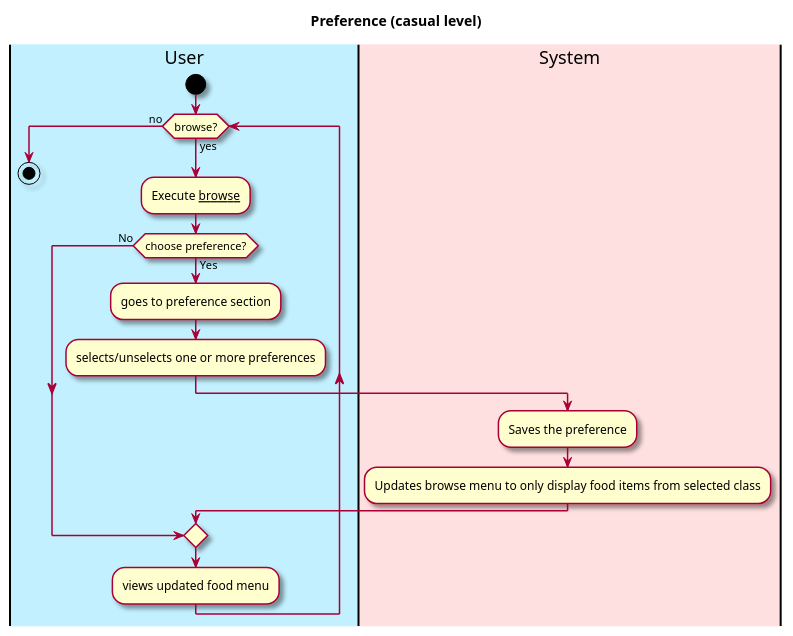
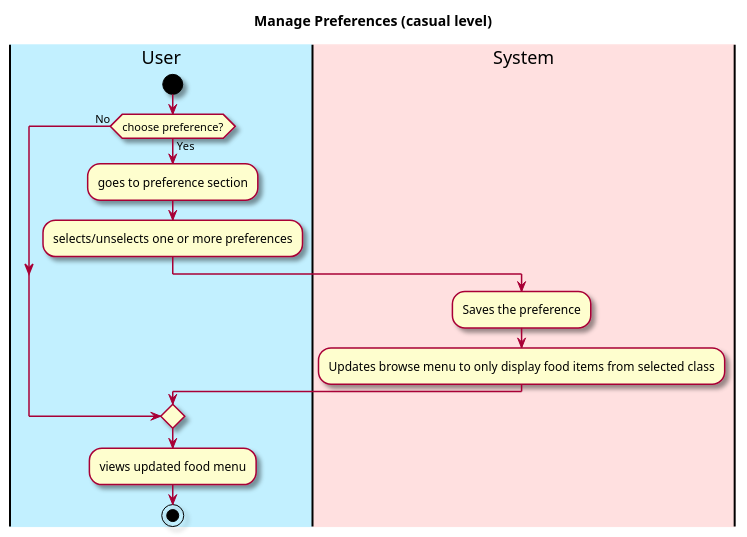
Before and after one commit to EzekielEkanem/team-1d: the diagram in intellij/doc/use-cases/use-case-preference.md, drawn with PlantUML.

Commit message:
edited preferences based on inception 2 feedback

````diff
--- a/intellij/doc/use-cases/use-case-preference.md
+++ b/intellij/doc/use-cases/use-case-preference.md
@@ -26,37 +26,33 @@
 ```plantuml
 @startuml
 
 skin rose
 
-title Preference (casual level)
+title Manage Preferences (casual level)
 
 'define the lanes
 |#application|User|
 |#implementation|System|
 
 
 |User|
 
 start  
 
-while (browse?) is (yes) 
-    :Execute __browse__;
     if (choose preference?) is (Yes) then
         :goes to preference section;
         :selects/unselects one or more preferences;
         
         |System|
         :Saves the preference;
         :Updates browse menu to only display food items from selected class;
         
     else (No)
     endif  
     
     |User|
     :views updated food menu;
-    
-endwhile(no)
 
 stop
 @enduml
 ```
````
